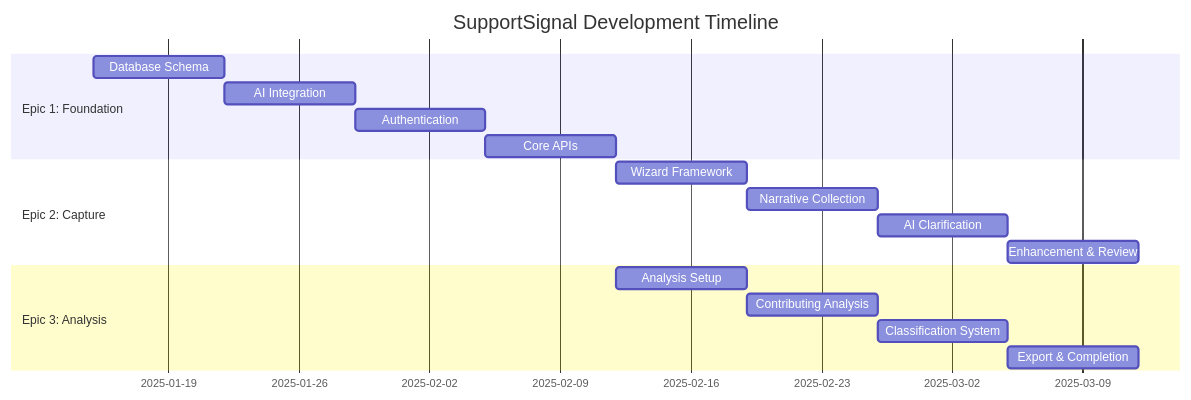
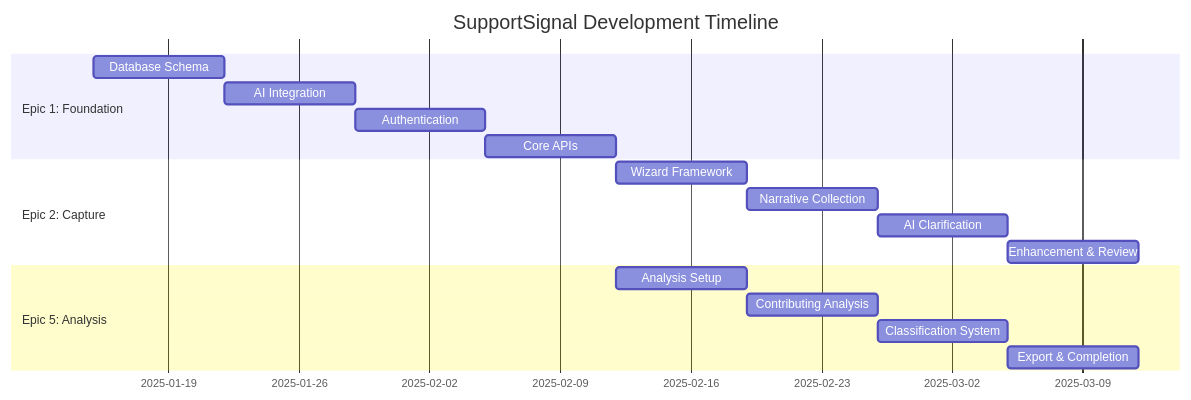
The diagram in docs/prd/index.md (SupportSignal/app.supportsignal.com.au), drawn with Mermaid before and after one commit. The commit also changed other lines of this file and 3 other files, not shown here.

````diff
--- a/docs/prd/index.md
+++ b/docs/prd/index.md
@@ -40,22 +56,22 @@
 ```mermaid
 gantt
     title SupportSignal Development Timeline
     dateFormat  YYYY-MM-DD
     section Epic 1: Foundation
     Database Schema          :e1-db,   2025-01-15, 1w
     AI Integration          :e1-ai,   after e1-db, 1w  
     Authentication          :e1-auth, after e1-ai, 1w
     Core APIs              :e1-api,  after e1-auth, 1w
     
     section Epic 2: Capture
     Wizard Framework       :e2-wiz,  after e1-api, 1w
     Narrative Collection   :e2-nar,  after e2-wiz, 1w
     AI Clarification      :e2-ai,   after e2-nar, 1w
     Enhancement & Review  :e2-rev,  after e2-ai, 1w
     
-    section Epic 3: Analysis  
-    Analysis Setup        :e3-setup, after e1-api, 1w
-    Contributing Analysis :e3-contrib, after e3-setup, 1w
-    Classification System :e3-class, after e3-contrib, 1w
-    Export & Completion   :e3-export, after e3-class, 1w
+    section Epic 5: Analysis  
+    Analysis Setup        :e5-setup, after e1-api, 1w
+    Contributing Analysis :e5-contrib, after e5-setup, 1w
+    Classification System :e5-class, after e5-contrib, 1w
+    Export & Completion   :e5-export, after e5-class, 1w
 ```
````
